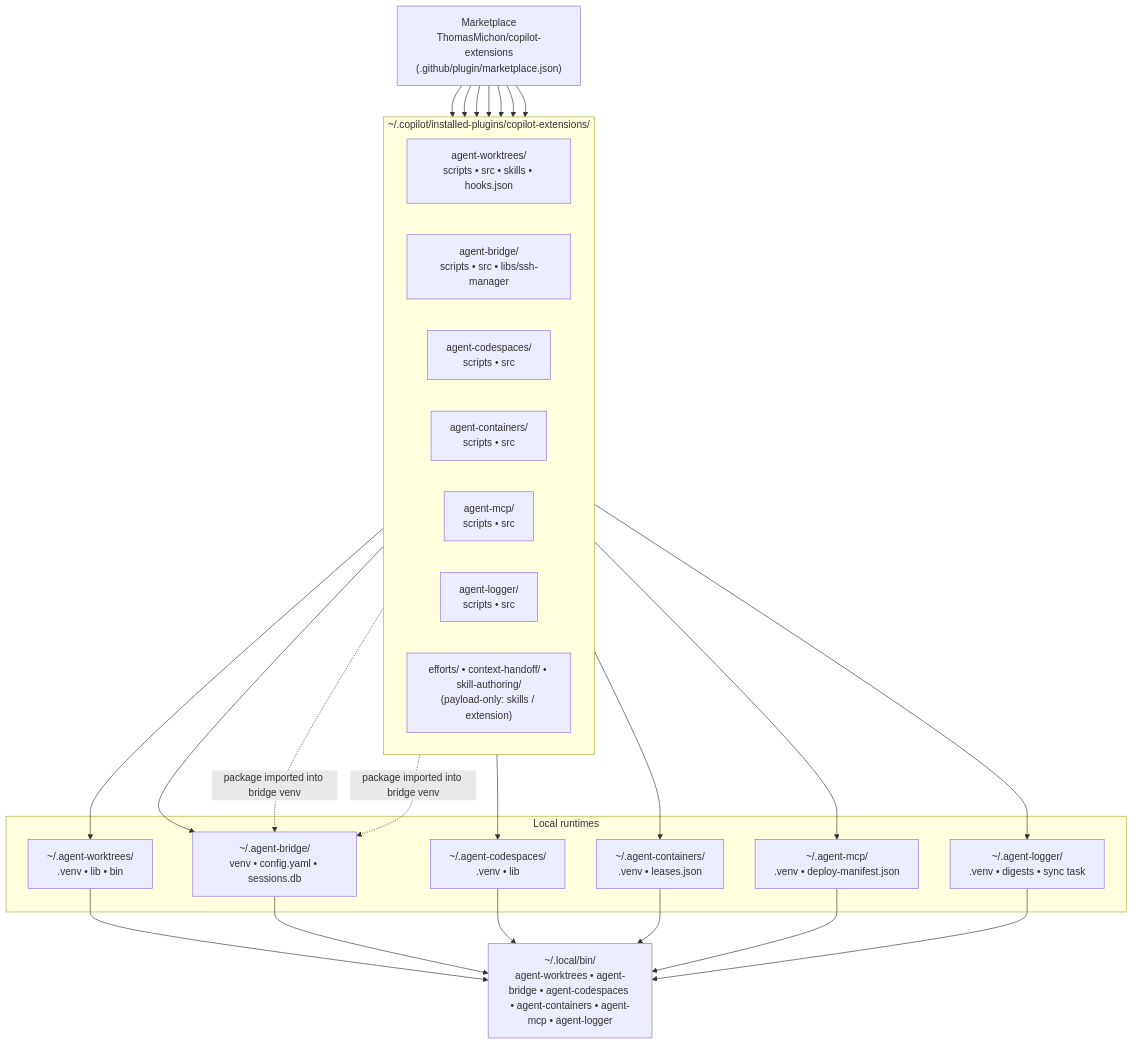
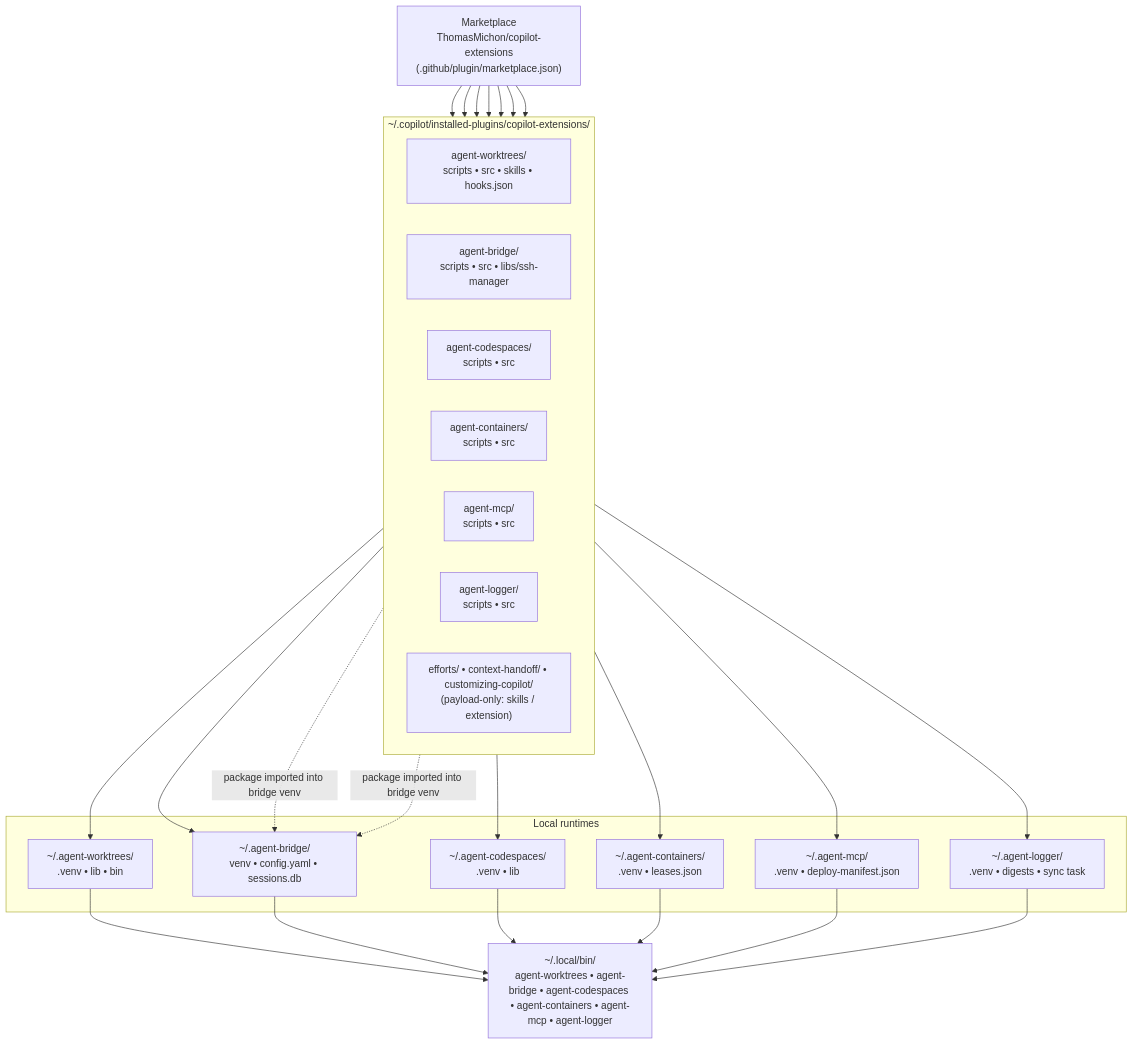
The first of 4 diagrams in docs/architecture.md (ThomasMichon/copilot-extensions), drawn with Mermaid before and after one commit. The commit also changed other lines of this file and 12 other files, not shown here.

First line of the commit message:
Rename skill-authoring -> customizing-copilot; split into four skills

````diff
--- a/docs/architecture.md
+++ b/docs/architecture.md
@@ -47,38 +47,38 @@
 ```mermaid
 flowchart TB
     MP["Marketplace<br/>ThomasMichon/copilot-extensions<br/>(.github/plugin/marketplace.json)"]
     subgraph IP["~/.copilot/installed-plugins/copilot-extensions/"]
       direction LR
       AW["agent-worktrees/<br/>scripts • src • skills • hooks.json"]
       AB["agent-bridge/<br/>scripts • src • libs/ssh-manager"]
       AC["agent-codespaces/<br/>scripts • src"]
       AN["agent-containers/<br/>scripts • src"]
       AM["agent-mcp/<br/>scripts • src"]
       AL["agent-logger/<br/>scripts • src"]
-      PO["efforts/ • context-handoff/ • skill-authoring/<br/>(payload-only: skills / extension)"]
+      PO["efforts/ • context-handoff/ • customizing-copilot/<br/>(payload-only: skills / extension)"]
     end
     subgraph RT["Local runtimes"]
       RW["~/.agent-worktrees/<br/>.venv • lib • bin"]
       RB["~/.agent-bridge/<br/>venv • config.yaml • sessions.db"]
       RC["~/.agent-codespaces/<br/>.venv • lib"]
       RN["~/.agent-containers/<br/>.venv • leases.json"]
       RM["~/.agent-mcp/<br/>.venv • deploy-manifest.json"]
       RL["~/.agent-logger/<br/>.venv • digests • sync task"]
     end
     BIN["~/.local/bin/<br/>agent-worktrees • agent-bridge • agent-codespaces • agent-containers • agent-mcp • agent-logger"]
     MP --> AW --> RW
     MP --> AB --> RB
     MP --> AC --> RC
     MP --> AN --> RN
     MP --> AM --> RM
     MP --> AL --> RL
     MP --> PO
     RW --> BIN
     RB --> BIN
     RC --> BIN
     RN --> BIN
     RM --> BIN
     RL --> BIN
     AC -.->|package imported into bridge venv| RB
     AN -.->|package imported into bridge venv| RB
 ```
````
